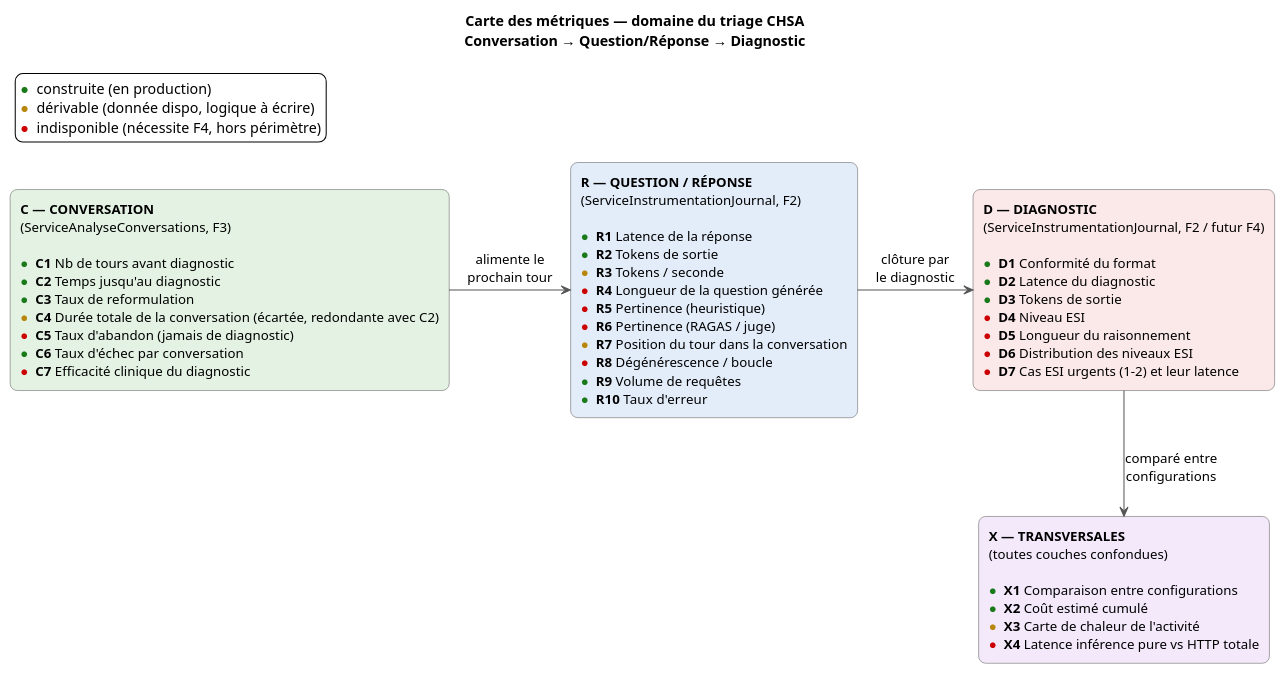
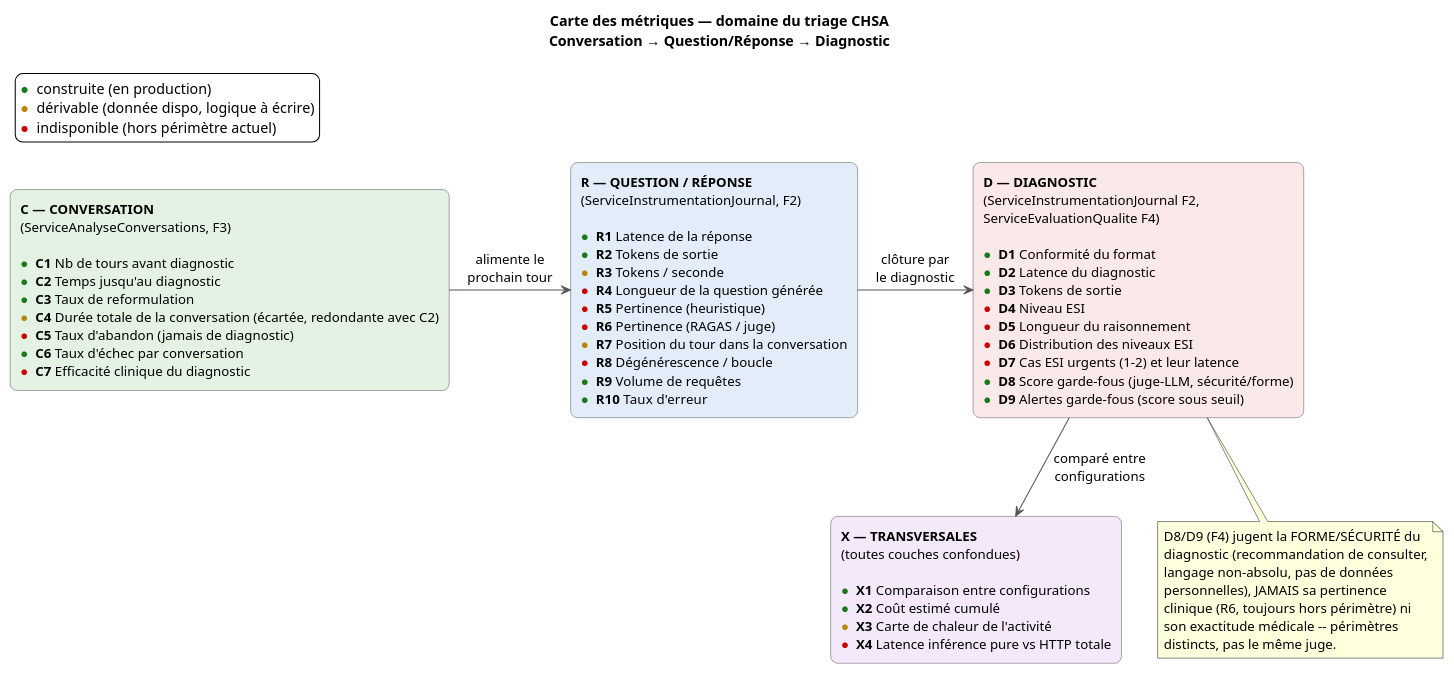
Before and after one commit to racemartin/m15_ocr: the diagram in docs/diagrams/mapa_metricas_triage.puml, drawn with PlantUML. The commit also changed 31 other files, not shown here.

First line of the commit message:
docs: diagrammes UML a jour (F3 + F4, garde-fous juge-LLM)

```diff
--- a/docs/diagrams/mapa_metricas_triage.puml
+++ b/docs/diagrams/mapa_metricas_triage.puml
@@ -1,33 +1,43 @@
 @startuml mapa_metricas_triage
 allowmixing
 skinparam backgroundColor white
 skinparam defaultFontName Helvetica
 skinparam defaultFontSize 13
 skinparam shadowing false
 skinparam ArrowColor #555555
 skinparam rectangle {
   RoundCorner 14
   BorderColor #555555
 }
 
 title Carte des métriques — domaine du triage CHSA\nConversation → Question/Réponse → Diagnostic
 
 legend top left
   <color:#1A7A1A>●</color> construite (en production)
   <color:#B8860B>●</color> dérivable (donnée dispo, logique à écrire)
-  <color:#CC0000>●</color> indisponible (nécessite F4, hors périmètre)
+  <color:#CC0000>●</color> indisponible (hors périmètre actuel)
 endlegend
 
 rectangle "**C — CONVERSATION**\n(ServiceAnalyseConversations, F3)\n\n<color:#1A7A1A>●</color> **C1** Nb de tours avant diagnostic\n<color:#1A7A1A>●</color> **C2** Temps jusqu'au diagnostic\n<color:#1A7A1A>●</color> **C3** Taux de reformulation\n<color:#B8860B>●</color> **C4** Durée totale de la conversation (écartée, redondante avec C2)\n<color:#CC0000>●</color> **C5** Taux d'abandon (jamais de diagnostic)\n<color:#1A7A1A>●</color> **C6** Taux d'échec par conversation\n<color:#CC0000>●</color> **C7** Efficacité clinique du diagnostic" as C #E3F2E3
 
 rectangle "**R — QUESTION / RÉPONSE**\n(ServiceInstrumentationJournal, F2)\n\n<color:#1A7A1A>●</color> **R1** Latence de la réponse\n<color:#1A7A1A>●</color> **R2** Tokens de sortie\n<color:#B8860B>●</color> **R3** Tokens / seconde\n<color:#CC0000>●</color> **R4** Longueur de la question générée\n<color:#CC0000>●</color> **R5** Pertinence (heuristique)\n<color:#CC0000>●</color> **R6** Pertinence (RAGAS / juge)\n<color:#B8860B>●</color> **R7** Position du tour dans la conversation\n<color:#CC0000>●</color> **R8** Dégénérescence / boucle\n<color:#1A7A1A>●</color> **R9** Volume de requêtes\n<color:#1A7A1A>●</color> **R10** Taux d'erreur" as R #E3ECF9
 
-rectangle "**D — DIAGNOSTIC**\n(ServiceInstrumentationJournal, F2 / futur F4)\n\n<color:#1A7A1A>●</color> **D1** Conformité du format\n<color:#1A7A1A>●</color> **D2** Latence du diagnostic\n<color:#1A7A1A>●</color> **D3** Tokens de sortie\n<color:#CC0000>●</color> **D4** Niveau ESI\n<color:#CC0000>●</color> **D5** Longueur du raisonnement\n<color:#CC0000>●</color> **D6** Distribution des niveaux ESI\n<color:#CC0000>●</color> **D7** Cas ESI urgents (1-2) et leur latence" as D #FBE8E8
+rectangle "**D — DIAGNOSTIC**\n(ServiceInstrumentationJournal F2,\nServiceEvaluationQualite F4)\n\n<color:#1A7A1A>●</color> **D1** Conformité du format\n<color:#1A7A1A>●</color> **D2** Latence du diagnostic\n<color:#1A7A1A>●</color> **D3** Tokens de sortie\n<color:#CC0000>●</color> **D4** Niveau ESI\n<color:#CC0000>●</color> **D5** Longueur du raisonnement\n<color:#CC0000>●</color> **D6** Distribution des niveaux ESI\n<color:#CC0000>●</color> **D7** Cas ESI urgents (1-2) et leur latence\n<color:#1A7A1A>●</color> **D8** Score garde-fous (juge-LLM, sécurité/forme)\n<color:#1A7A1A>●</color> **D9** Alertes garde-fous (score sous seuil)" as D #FBE8E8
 
 rectangle "**X — TRANSVERSALES**\n(toutes couches confondues)\n\n<color:#1A7A1A>●</color> **X1** Comparaison entre configurations\n<color:#1A7A1A>●</color> **X2** Coût estimé cumulé\n<color:#B8860B>●</color> **X3** Carte de chaleur de l'activité\n<color:#CC0000>●</color> **X4** Latence inférence pure vs HTTP totale" as X #F3E9FB
 
 C -right-> R : alimente le\nprochain tour
 R -right-> D : clôture par\nle diagnostic
 D -down-> X : comparé entre\nconfigurations
 
+note bottom of D
+  D8/D9 (F4) jugent la FORME/SÉCURITÉ du
+  diagnostic (recommandation de consulter,
+  langage non-absolu, pas de données
+  personnelles), JAMAIS sa pertinence
+  clinique (R6, toujours hors périmètre) ni
+  son exactitude médicale -- périmètres
+  distincts, pas le même juge.
+end note
+
 @enduml
```
